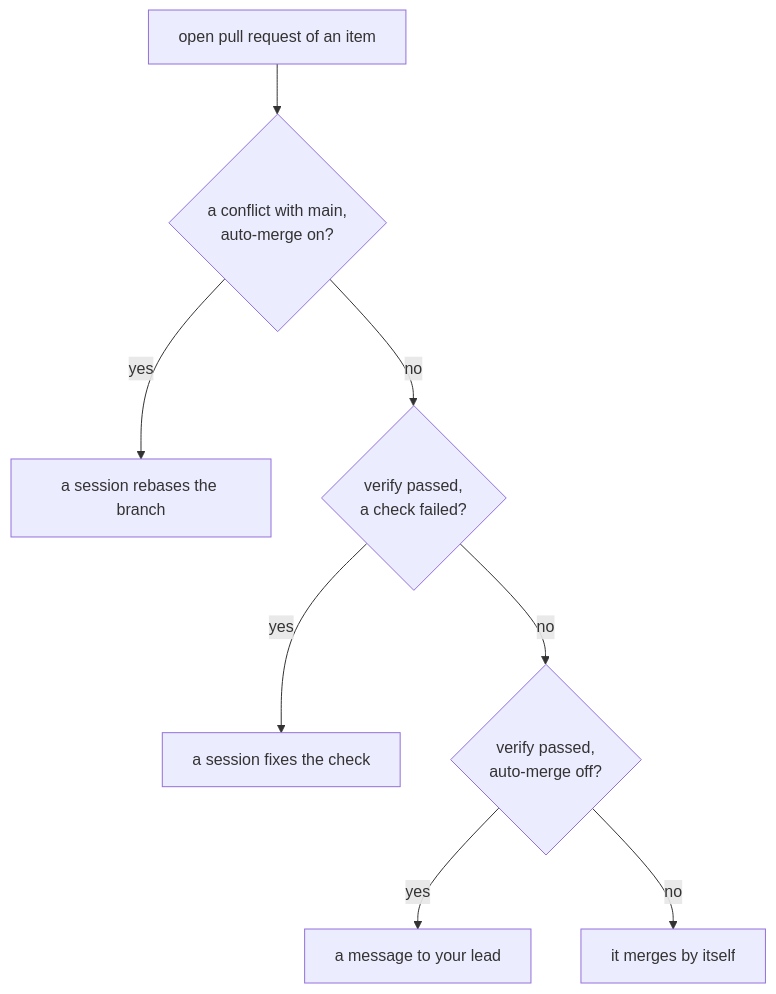
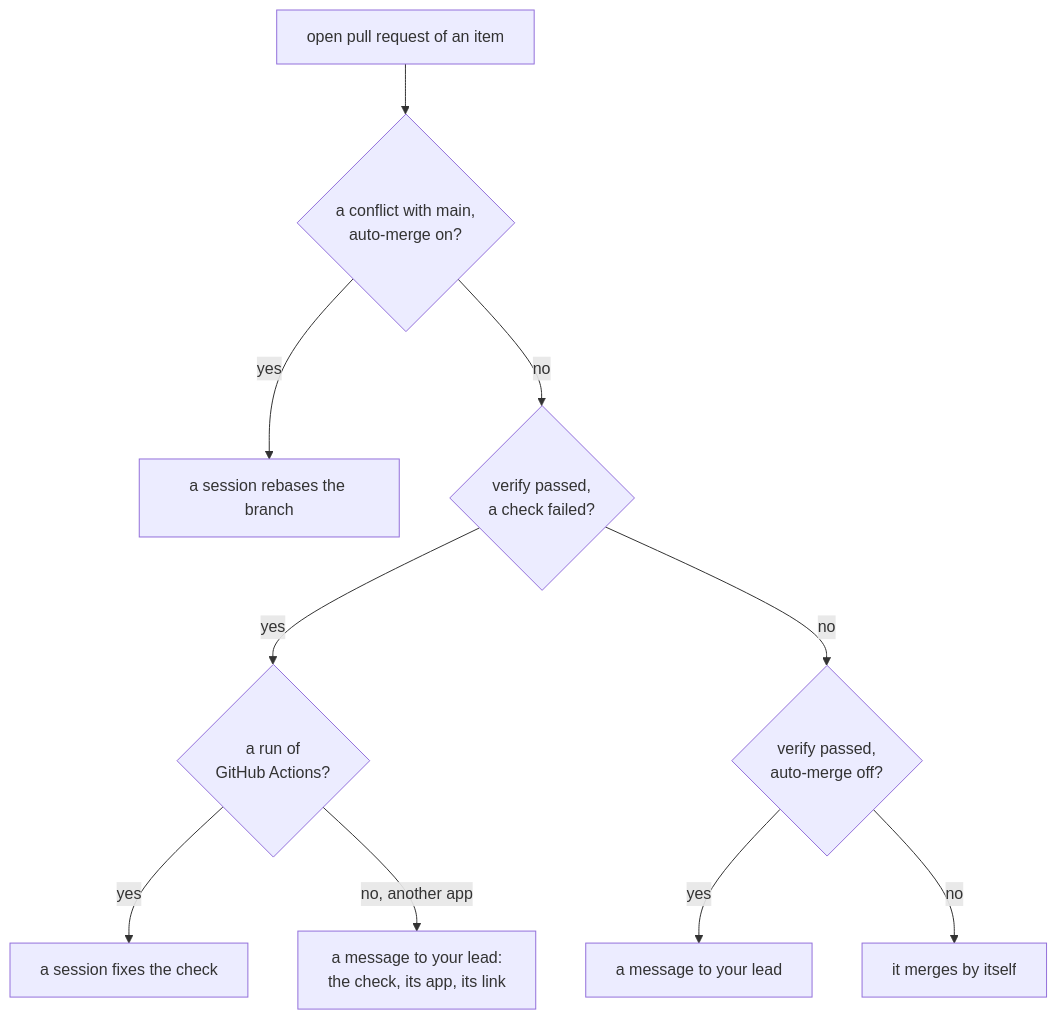
Diagram 18 of 43 in docs/src/development.md (como-technologies/riff), drawn with Mermaid before and after one commit. The commit also changed other lines of this file and 5 other files, not shown here.

First line of the commit message:
A failed check that is not a run of GitHub Actions starts no fix session: the lead gets its link (#1459)

````diff
--- a/docs/src/development.md
+++ b/docs/src/development.md
@@ -1477,10 +1477,12 @@
 ```mermaid
 flowchart TD
     P["open pull request of an item"] --> C{"a conflict with main,<br/>auto-merge on?"}
     C -- yes --> R["a session rebases the branch"]
     C -- no --> F{"verify passed,<br/>a check failed?"}
-    F -- yes --> B["a session fixes the check"]
+    F -- yes --> G{"a run of<br/>GitHub Actions?"}
+    G -- yes --> B["a session fixes the check"]
+    G -- "no, another app" --> N["a message to your lead:<br/>the check, its app, its link"]
     F -- no --> A{"verify passed,<br/>auto-merge off?"}
     A -- yes --> M["a message to your lead"]
     A -- no --> OK["it merges by itself"]
 ```
````
